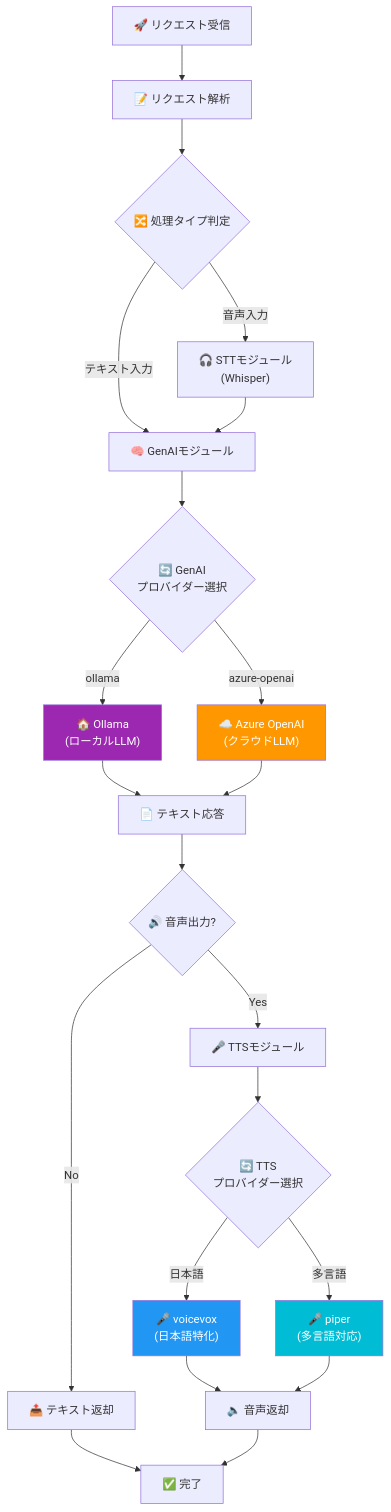
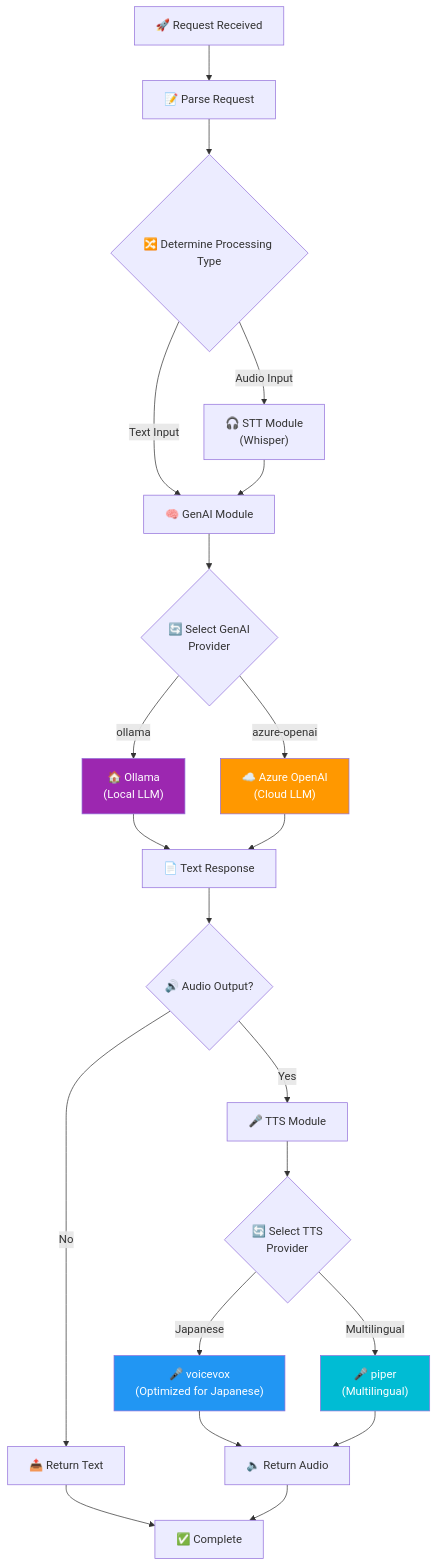
Before and after one commit to ks6088ts/template-terraform: the fourth of 12 diagrams in infra/scenarios/azure_inclusive_ai_labs/README.md, drawn with Mermaid. The commit also changed other lines of this file and 28 other files, not shown here.

First line of the commit message:
Add Japanese README files for various Azure scenarios and update existing ones

````diff
--- a/infra/scenarios/azure_inclusive_ai_labs/README.md
+++ b/infra/scenarios/azure_inclusive_ai_labs/README.md
@@ -144,36 +144,36 @@
 ```mermaid
 flowchart TD
-    Start["🚀 リクエスト受信"] --> Parse["📝 リクエスト解析"]
-    Parse --> Decision{"🔀 処理タイプ判定"}
+    Start["🚀 Request Received"] --> Parse["📝 Parse Request"]
+    Parse --> Decision{"🔀 Determine Processing Type"}
 
-    Decision -->|"音声入力"| STT["🎧 STTモジュール<br/>(Whisper)"]
-    Decision -->|"テキスト入力"| GenAI
+    Decision -->|"Audio Input"| STT["🎧 STT Module<br/>(Whisper)"]
+    Decision -->|"Text Input"| GenAI
 
-    STT --> GenAI["🧠 GenAIモジュール"]
+    STT --> GenAI["🧠 GenAI Module"]
 
-    GenAI --> ProviderCheck{"🔄 GenAI<br/>プロバイダー選択"}
-    ProviderCheck -->|"ollama"| Ollama["🏠 Ollama<br/>(ローカルLLM)"]
-    ProviderCheck -->|"azure-openai"| AOAI["☁️ Azure OpenAI<br/>(クラウドLLM)"]
+    GenAI --> ProviderCheck{"🔄 Select GenAI<br/>Provider"}
+    ProviderCheck -->|"ollama"| Ollama["🏠 Ollama<br/>(Local LLM)"]
+    ProviderCheck -->|"azure-openai"| AOAI["☁️ Azure OpenAI<br/>(Cloud LLM)"]
 
-    Ollama --> Response["📄 テキスト応答"]
+    Ollama --> Response["📄 Text Response"]
     AOAI --> Response
 
-    Response --> TTSCheck{"🔊 音声出力?"}
-    TTSCheck -->|"Yes"| TTSModule["🎤 TTSモジュール"]
-    TTSCheck -->|"No"| TextOut["📤 テキスト返却"]
+    Response --> TTSCheck{"🔊 Audio Output?"}
+    TTSCheck -->|"Yes"| TTSModule["🎤 TTS Module"]
+    TTSCheck -->|"No"| TextOut["📤 Return Text"]
 
-    TTSModule --> TTSProvider{"🔄 TTS<br/>プロバイダー選択"}
-    TTSProvider -->|"日本語"| VV["🎤 voicevox<br/>(日本語特化)"]
-    TTSProvider -->|"多言語"| Piper["🎤 piper<br/>(多言語対応)"]
+    TTSModule --> TTSProvider{"🔄 Select TTS<br/>Provider"}
+    TTSProvider -->|"Japanese"| VV["🎤 voicevox<br/>(Optimized for Japanese)"]
+    TTSProvider -->|"Multilingual"| Piper["🎤 piper<br/>(Multilingual)"]
 
-    VV --> AudioOut["🔈 音声返却"]
+    VV --> AudioOut["🔈 Return Audio"]
     Piper --> AudioOut
 
-    TextOut --> End["✅ 完了"]
+    TextOut --> End["✅ Complete"]
     AudioOut --> End
 
     style Ollama fill:#9C27B0,color:#fff
     style AOAI fill:#FF9800,color:#fff
     style VV fill:#2196F3,color:#fff
     style Piper fill:#00BCD4,color:#fff
 ```
````
